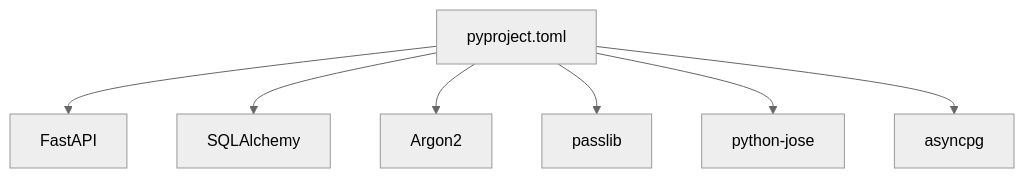
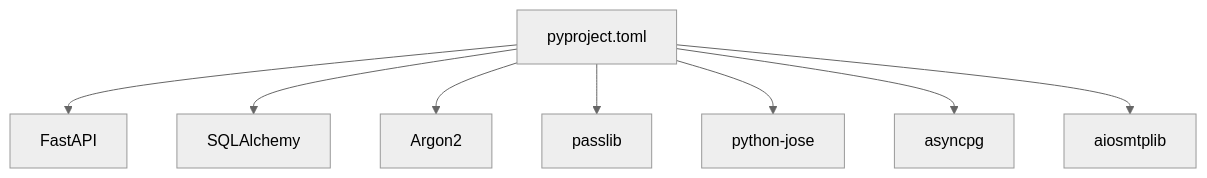
One commit to srikant-panda/auth-service changed diagram 13 of 13 in .qoder/repowiki/en/content/Core Concepts/User Authentication System.md. Above: the diagram before and after it, drawn with Mermaid (neutral theme). The commit also changed other lines of this file and 11 other files, not shown here.

````diff
--- a/.qoder/repowiki/en/content/Core Concepts/User Authentication System.md
+++ b/.qoder/repowiki/en/content/Core Concepts/User Authentication System.md
@@ -483,16 +613,18 @@
 ```mermaid
 graph TB
 P["pyproject.toml"]
 F["FastAPI"]
 S["SQLAlchemy"]
 A2["Argon2"]
 PL["passlib"]
 JOSE["python-jose"]
 APG["asyncpg"]
+AS["aiosmtplib"]
 P --> F
 P --> S
 P --> A2
 P --> PL
 P --> JOSE
 P --> APG
+P --> AS
 ```
````
